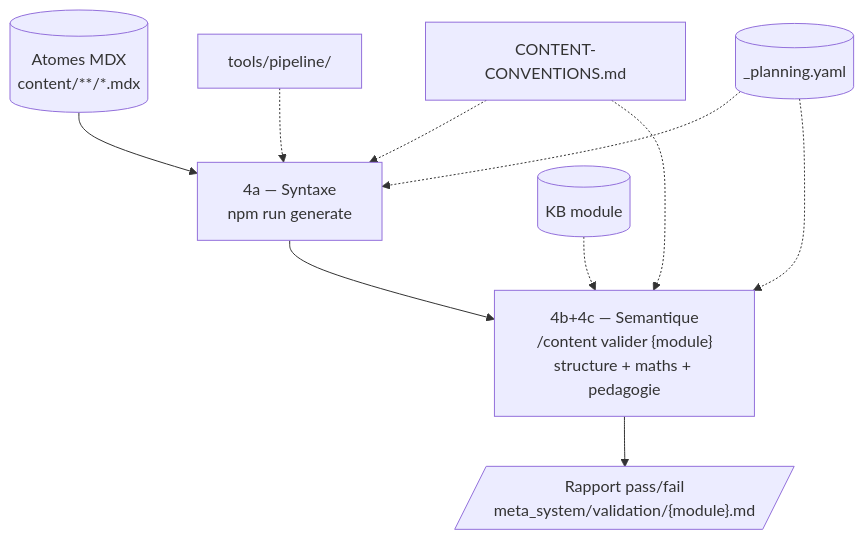
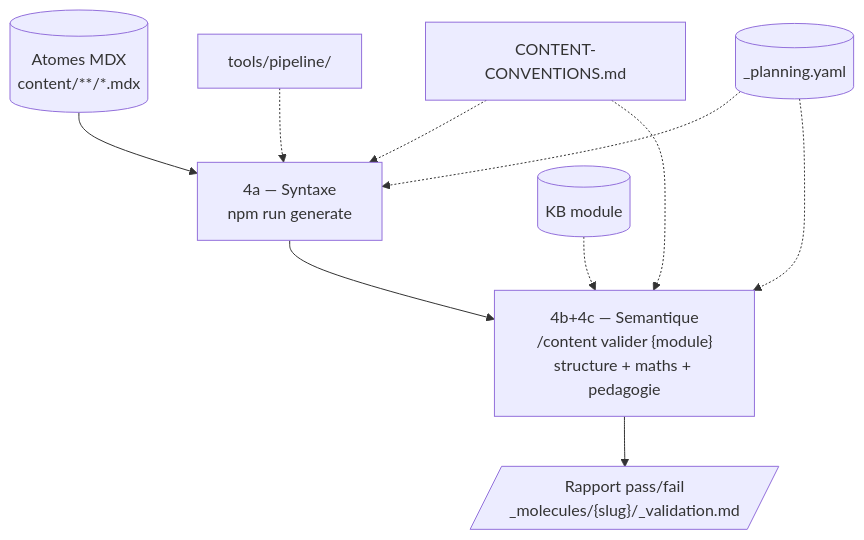
Before and after one commit to bilalYezzaGit/learning-web: the sixth of 7 diagrams in docs/content-agentic-workflow.md, drawn with Mermaid. The commit also changed other lines of this file and 47 other files, not shown here.

````diff
--- a/docs/content-agentic-workflow.md
+++ b/docs/content-agentic-workflow.md
@@ -229,12 +229,12 @@
 ```mermaid
 flowchart TD
     Atomes[("Atomes MDX\ncontent/**/*.mdx")] --> V4a["4a — Syntaxe\nnpm run generate"]
     CONV["CONTENT-CONVENTIONS.md"] -.-> V4a
     PIPE["tools/pipeline/"] -.-> V4a
     Plan[("_planning.yaml")] -.-> V4a
     V4a --> V4bc["4b+4c — Semantique\n/content valider {module}\nstructure + maths + pedagogie"]
     KB[("KB module")] -.-> V4bc
     Plan -.-> V4bc
     CONV -.-> V4bc
-    V4bc --> Rapport[/"Rapport pass/fail\nmeta_system/validation/{module}.md"/]
+    V4bc --> Rapport[/"Rapport pass/fail\n_molecules/{slug}/_validation.md"/]
 ```
````
